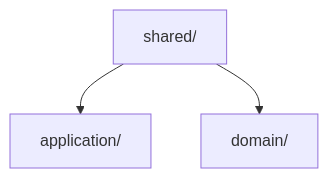
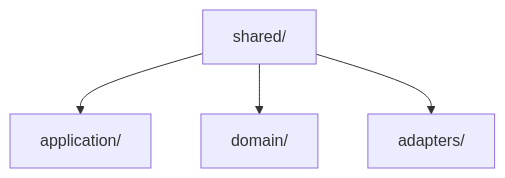
One commit to virtualitems/tshex-cli changed the third of 7 diagrams in docs/library-structure.md. Above: the diagram before and after it, drawn with Mermaid. The commit also changed other lines of this file and 15 other files, not shown here.

First line of the commit message:
docs: align architecture guides with context boundaries

````diff
--- a/docs/library-structure.md
+++ b/docs/library-structure.md
@@ -52,5 +54,6 @@
 ```mermaid
 flowchart TD
     shared["shared/"] --> application["application/"]
     shared --> domain["domain/"]
+    shared --> adapters["adapters/"]
 ```
````
